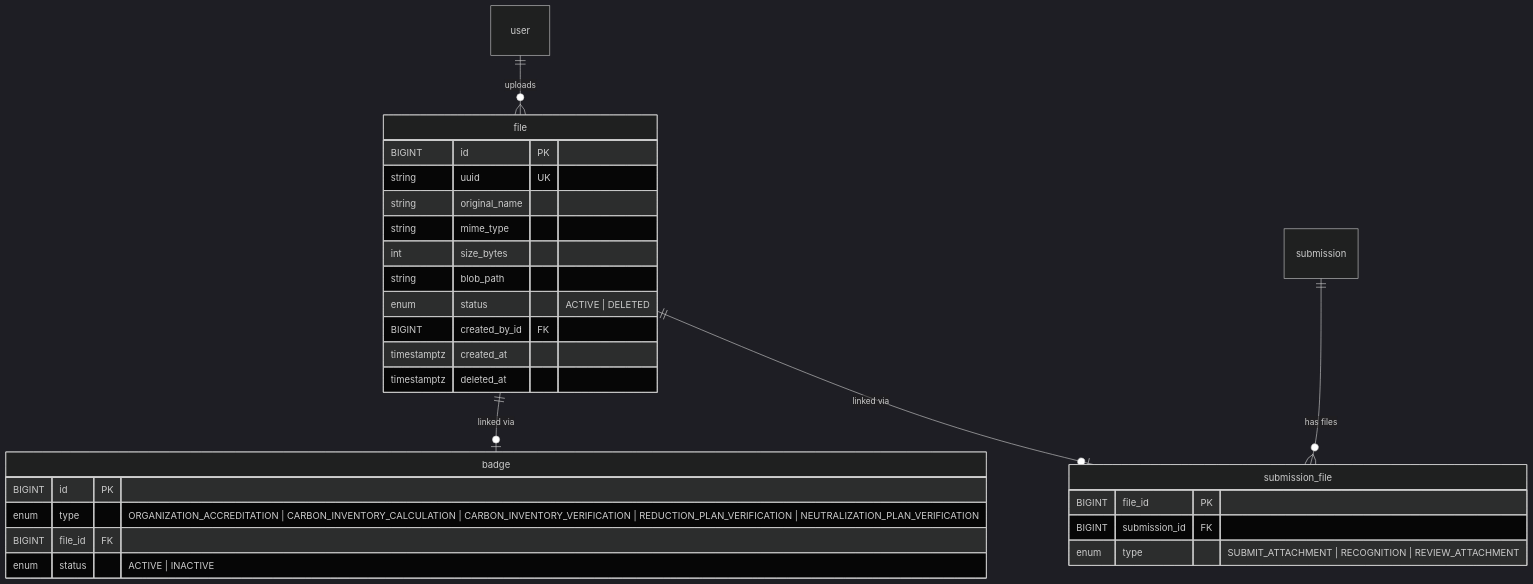
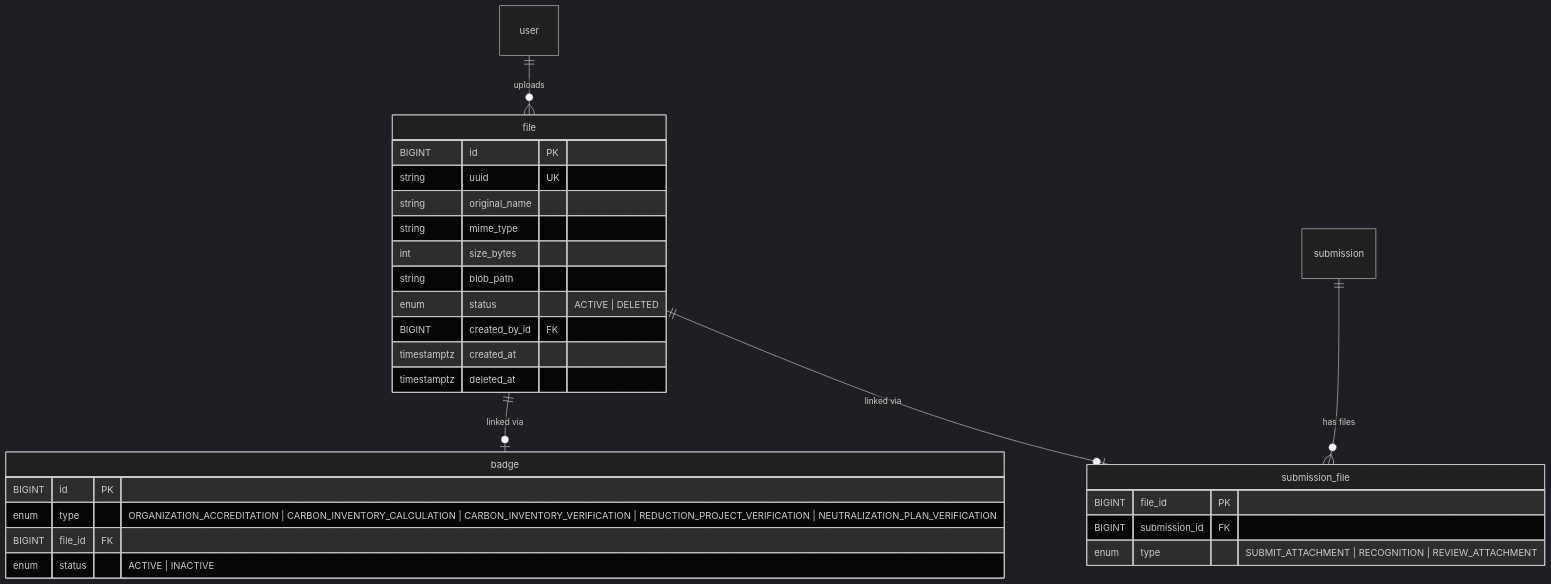
One commit to undp/carbon-footprint-program changed the diagram in docs/Infra/FileStorage.md. Above: the diagram before and after it, drawn with Mermaid (dark theme). The commit also changed other lines of this file and 13 other files, not shown here.

First line of the commit message:
Refactor: Update badge and request type references for reduction projects

````diff
--- a/docs/Infra/FileStorage.md
+++ b/docs/Infra/FileStorage.md
@@ -127,33 +127,33 @@
 ```mermaid
 erDiagram
     file {
         BIGINT id PK
         string uuid UK
         string original_name
         string mime_type
         int size_bytes
         string blob_path
         enum status "ACTIVE | DELETED"
         BIGINT created_by_id FK
         timestamptz created_at
         timestamptz deleted_at
     }
 
     badge {
         BIGINT id PK
-        enum type "ORGANIZATION_ACCREDITATION | CARBON_INVENTORY_CALCULATION | CARBON_INVENTORY_VERIFICATION | REDUCTION_PLAN_VERIFICATION | NEUTRALIZATION_PLAN_VERIFICATION"
+        enum type "ORGANIZATION_ACCREDITATION | CARBON_INVENTORY_CALCULATION | CARBON_INVENTORY_VERIFICATION | REDUCTION_PROJECT_VERIFICATION | NEUTRALIZATION_PLAN_VERIFICATION"
         BIGINT file_id FK
         enum status "ACTIVE | INACTIVE"
     }
 
     submission_file {
         BIGINT file_id PK
         BIGINT submission_id FK
         enum type "SUBMIT_ATTACHMENT | RECOGNITION | REVIEW_ATTACHMENT"
     }
 
     file ||--o| badge : "linked via"
     file ||--o| submission_file : "linked via"
     submission ||--o{ submission_file : "has files"
     user ||--o{ file : "uploads"
 ```
````
